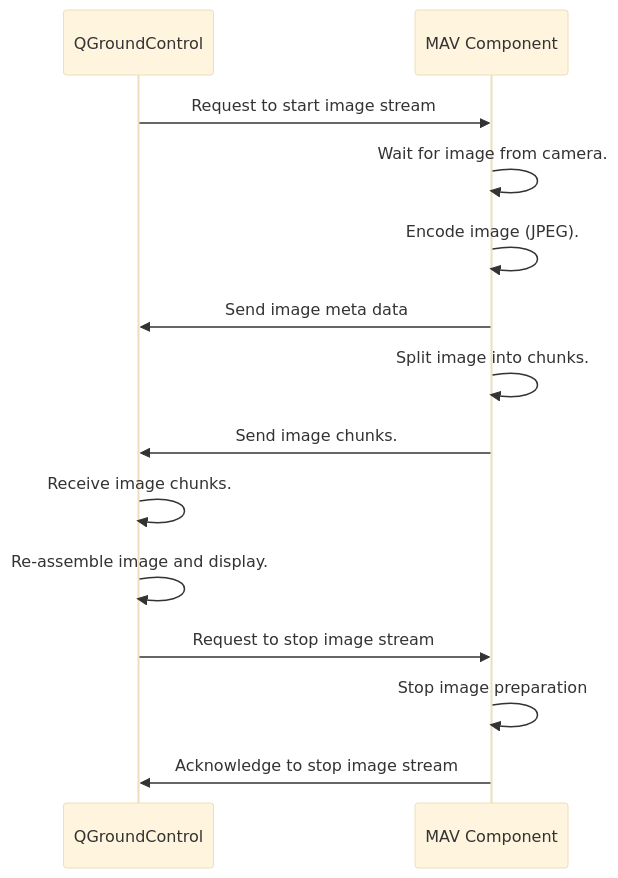
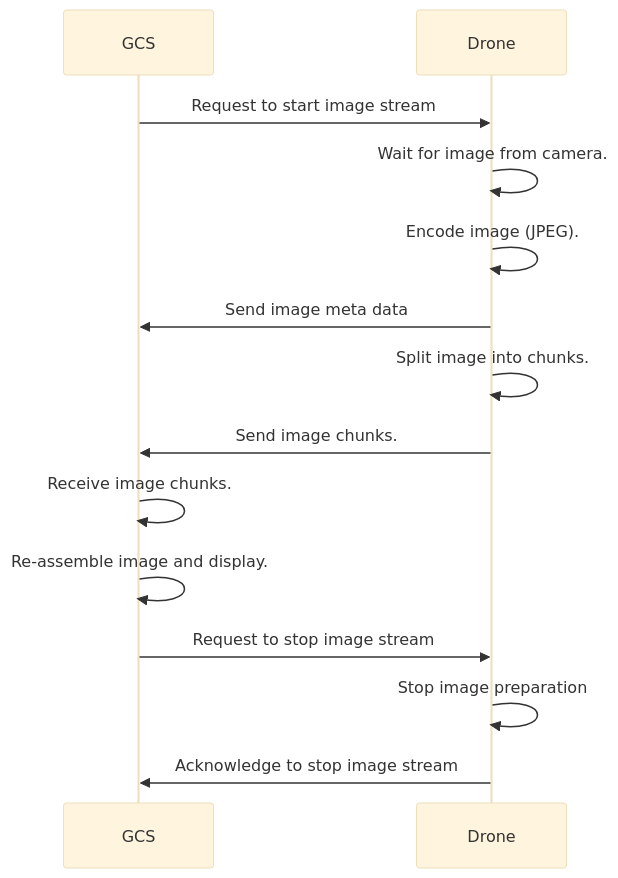
Before and after one commit to mavlink/mavlink-devguide: the first of 2 diagrams in en/protocol/image_transmission.md, drawn with Mermaid (base theme). The commit also changed other lines of this file, not shown here.

Commit message:
Update sequence diags to use GCS and Drone rather than QGC

```diff
--- a/en/protocol/image_transmission.md
+++ b/en/protocol/image_transmission.md
@@ -23,16 +23,16 @@
 {% mermaid %}
 sequenceDiagram;
-    participant QGroundControl
-    participant MAV Component
-    QGroundControl->>MAV Component: Request to start image stream
-    MAV Component->>MAV Component: Wait for image from camera. 
-    MAV Component->>MAV Component: Encode image (JPEG).
-    MAV Component->>QGroundControl: Send image meta data
-    MAV Component->>MAV Component: Split image into chunks.
-    MAV Component->>QGroundControl: Send image chunks.
-    QGroundControl->>QGroundControl: Receive image chunks.
-    QGroundControl->>QGroundControl: Re-assemble image and display.
-    QGroundControl->>MAV Component: Request to stop image stream
-    MAV Component->>MAV Component: Stop image preparation
-    MAV Component->>QGroundControl: Acknowledge to stop image stream
+    participant GCS
+    participant Drone
+    GCS->>Drone: Request to start image stream
+    Drone->>Drone: Wait for image from camera. 
+    Drone->>Drone: Encode image (JPEG).
+    Drone->>GCS: Send image meta data
+    Drone->>Drone: Split image into chunks.
+    Drone->>GCS: Send image chunks.
+    GCS->>GCS: Receive image chunks.
+    GCS->>GCS: Re-assemble image and display.
+    GCS->>Drone: Request to stop image stream
+    Drone->>Drone: Stop image preparation
+    Drone->>GCS: Acknowledge to stop image stream
 {% endmermaid %}
```
